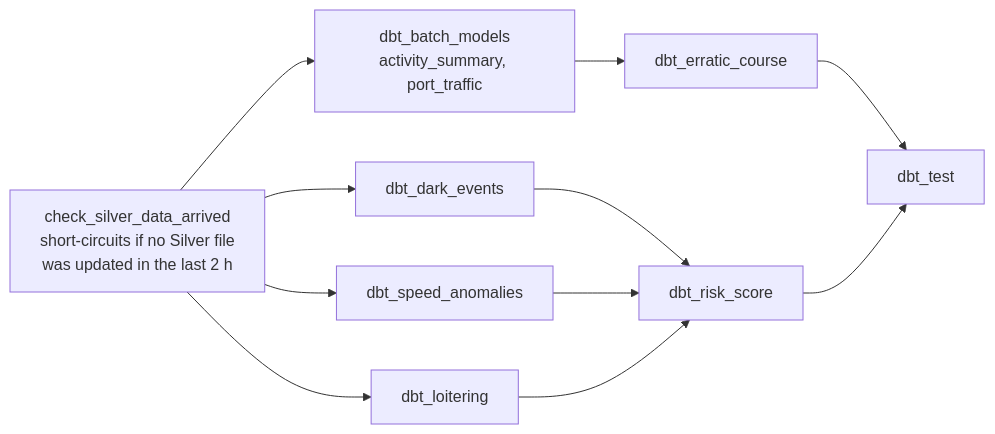
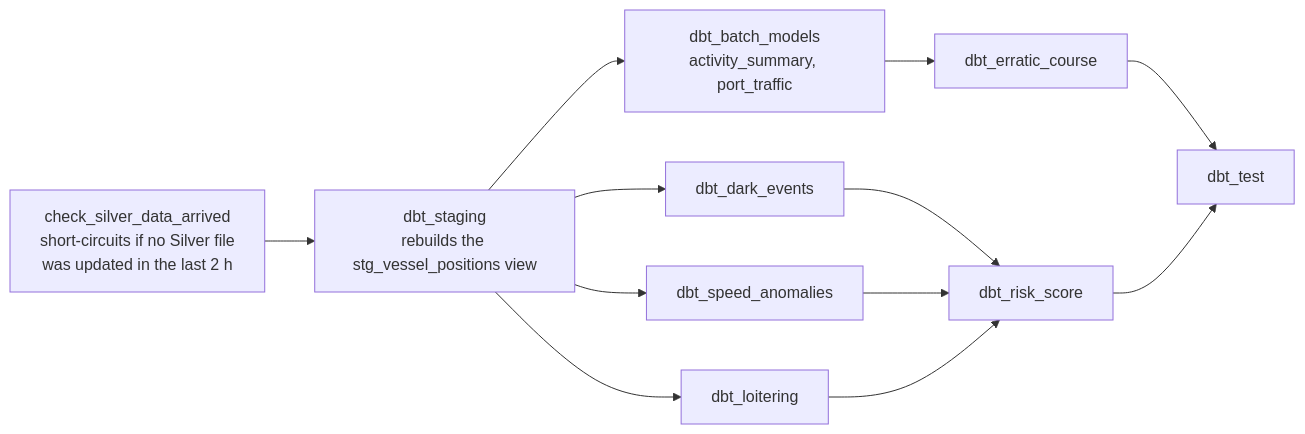
The third of 5 diagrams in README.md (TomasRipsky/marineflow), drawn with Mermaid before and after one commit. The commit also changed other lines of this file and 10 other files, not shown here.

First line of the commit message:
Rebuild the staging view in the DAG; fix -Inf% tile and wheel-scroll traps

````diff
--- a/README.md
+++ b/README.md
@@ -206,13 +206,14 @@
 ```mermaid
 flowchart LR
-    check["check_silver_data_arrived<br/>short-circuits if no Silver file<br/>was updated in the last 2 h"] --> batch["dbt_batch_models<br/>activity_summary, port_traffic"]
-    check --> dark["dbt_dark_events"]
-    check --> speed["dbt_speed_anomalies"]
-    check --> loit["dbt_loitering"]
+    check["check_silver_data_arrived<br/>short-circuits if no Silver file<br/>was updated in the last 2 h"] --> stg["dbt_staging<br/>rebuilds the stg_vessel_positions view"]
+    stg --> batch["dbt_batch_models<br/>activity_summary, port_traffic"]
+    stg --> dark["dbt_dark_events"]
+    stg --> speed["dbt_speed_anomalies"]
+    stg --> loit["dbt_loitering"]
     batch --> erratic["dbt_erratic_course"]
     dark --> risk["dbt_risk_score"]
     speed --> risk
     loit --> risk
     erratic --> test["dbt_test"]
     risk --> test
 ```
````
